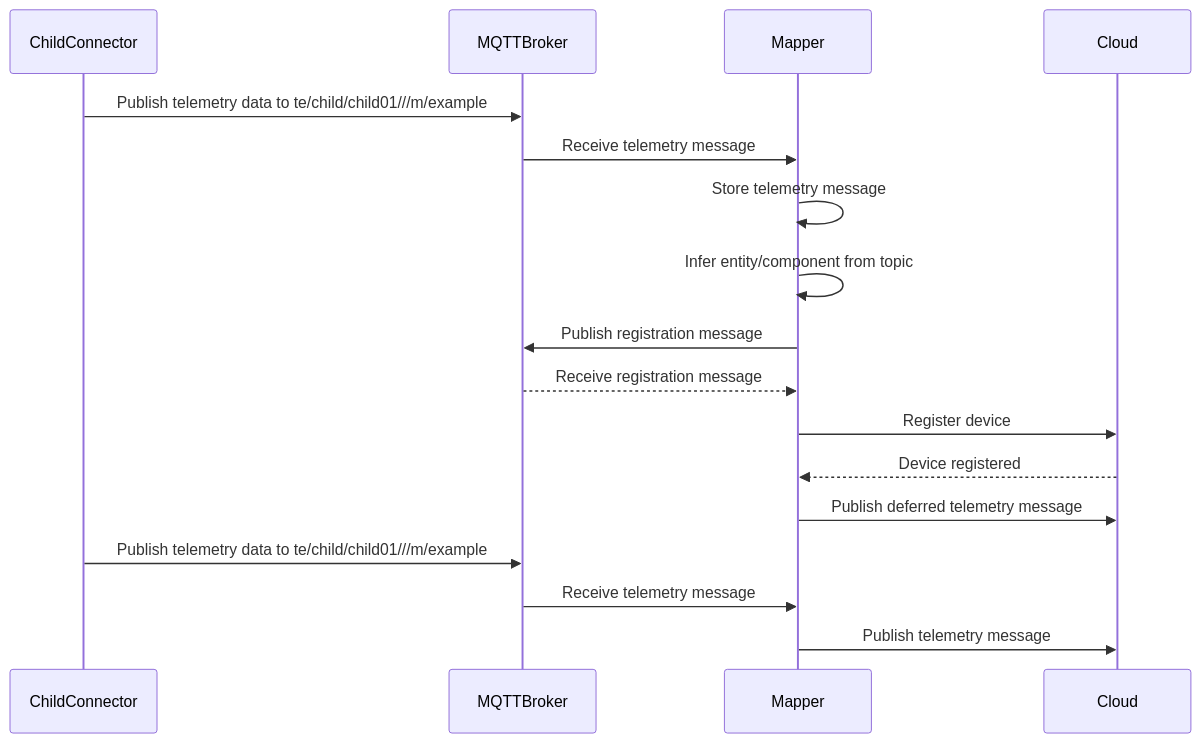
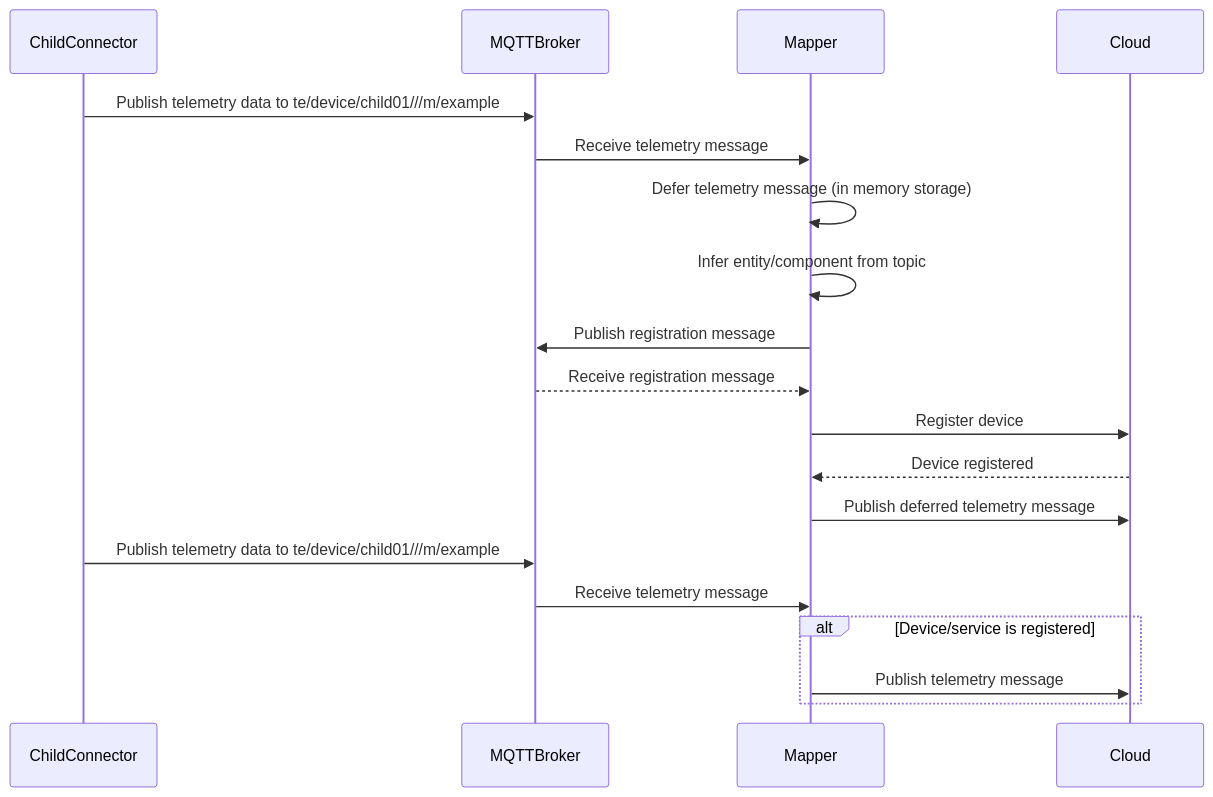
One commit to albinsuresh/thin-edge.io changed the second of 2 diagrams in docs/src/references/api/registration.md. Above: the diagram before and after it, drawn with Mermaid. The commit also changed other lines of this file and 2 other files, not shown here.

````diff
--- a/docs/src/references/api/registration.md
+++ b/docs/src/references/api/registration.md
@@ -41,17 +43,19 @@
 ```mermaid
 sequenceDiagram
-    ChildConnector->>MQTTBroker: Publish telemetry data to te/child/child01///m/example
+    ChildConnector->>MQTTBroker: Publish telemetry data to te/device/child01///m/example
     MQTTBroker->>Mapper: Receive telemetry message
-    Mapper->>Mapper: Store telemetry message
+    Mapper->>Mapper: Defer telemetry message (in memory storage)
     Mapper->>Mapper: Infer entity/component from topic
     Mapper ->> MQTTBroker: Publish registration message
 
     MQTTBroker-->>Mapper: Receive registration message
     Mapper->>Cloud: Register device
     Cloud-->>Mapper: Device registered
     Mapper->>Cloud: Publish deferred telemetry message
 
-    ChildConnector->>MQTTBroker: Publish telemetry data to te/child/child01///m/example
+    ChildConnector->>MQTTBroker: Publish telemetry data to te/device/child01///m/example
     MQTTBroker->>Mapper: Receive telemetry message
-    Mapper->>Cloud: Publish telemetry message
+    alt Device/service is registered
+      Mapper->>Cloud: Publish telemetry message
+    end
 ```
````
